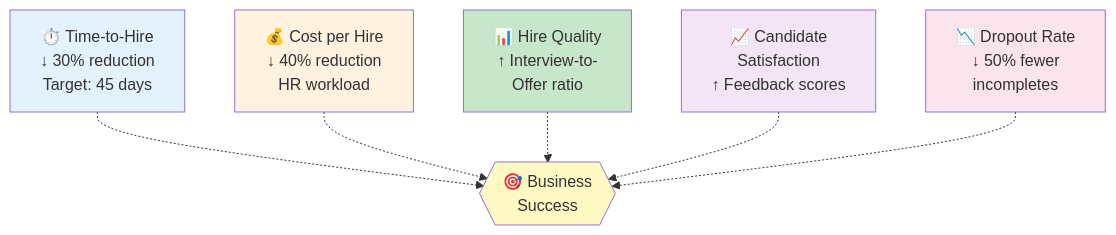
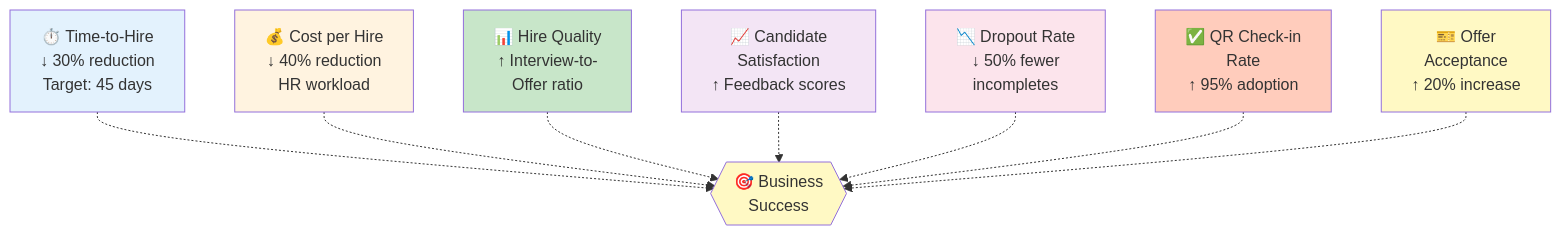
One commit to md-sahil-analyst22/test changed diagram 13 of 15 in HR_Onboarding_Agent.md. Above: the diagram before and after it, drawn with Mermaid. The commit also changed other lines of this file, not shown here.

````diff
--- a/HR_Onboarding_Agent.md
+++ b/HR_Onboarding_Agent.md
@@ -877,21 +1066,27 @@
 ```mermaid
 graph TB
     KPI1["⏱️ Time-to-Hire<br/>↓ 30% reduction<br/>Target: 45 days"]
     KPI2["💰 Cost per Hire<br/>↓ 40% reduction<br/>HR workload"]
     KPI3["📊 Hire Quality<br/>↑ Interview-to-<br/>Offer ratio"]
     KPI4["📈 Candidate<br/>Satisfaction<br/>↑ Feedback scores"]
     KPI5["📉 Dropout Rate<br/>↓ 50% fewer<br/>incompletes"]
+    KPI6["✅ QR Check-in<br/>Rate<br/>↑ 95% adoption"]
+    KPI7["🎫 Offer<br/>Acceptance<br/>↑ 20% increase"]
     
     KPI1 -.-> GOAL{{"🎯 Business<br/>Success"}}
     KPI2 -.-> GOAL
     KPI3 -.-> GOAL
     KPI4 -.-> GOAL
     KPI5 -.-> GOAL
+    KPI6 -.-> GOAL
+    KPI7 -.-> GOAL
     
     style KPI1 fill:#e3f2fd
     style KPI2 fill:#fff3e0
     style KPI3 fill:#c8e6c9
     style KPI4 fill:#f3e5f5
     style KPI5 fill:#fce4ec
+    style KPI6 fill:#ffccbc
+    style KPI7 fill:#fff9c4
     style GOAL fill:#fff9c4
 ```
````
